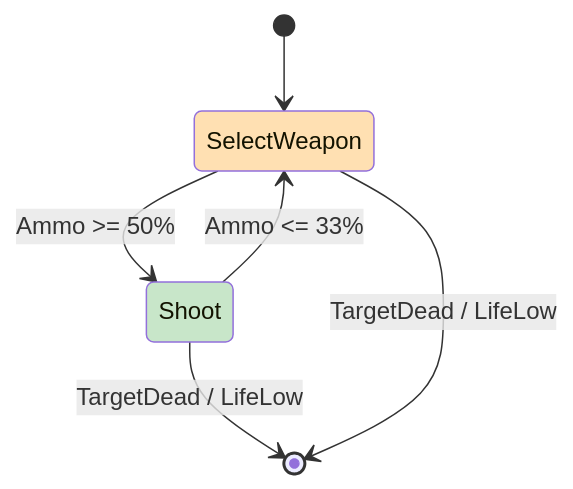
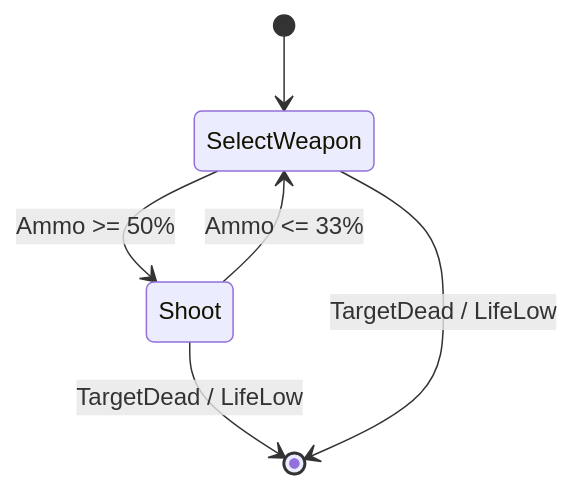
The third of 5 diagrams in README.md (Kang-Hsi/hfsm-bt), drawn with Mermaid before and after one commit. The commit also changed other lines of this file, not shown here.

````diff
--- a/README.md
+++ b/README.md
@@ -529,18 +525,15 @@
     ```mermaid
     ---
     config:
-    theme: base
+    theme: dark
     look: neo
     ---
     stateDiagram
     direction TB
 
     [*] --> SelectWeapon
     SelectWeapon --> Shoot: Ammo >= 50%
     Shoot --> SelectWeapon: Ammo <= 33%
     Shoot --> [*]: TargetDead / LifeLow
     SelectWeapon --> [*]: TargetDead / LifeLow
-
-    style SelectWeapon fill:#FFE0B2
-    style Shoot fill:#C8E6C9
     ```
````
